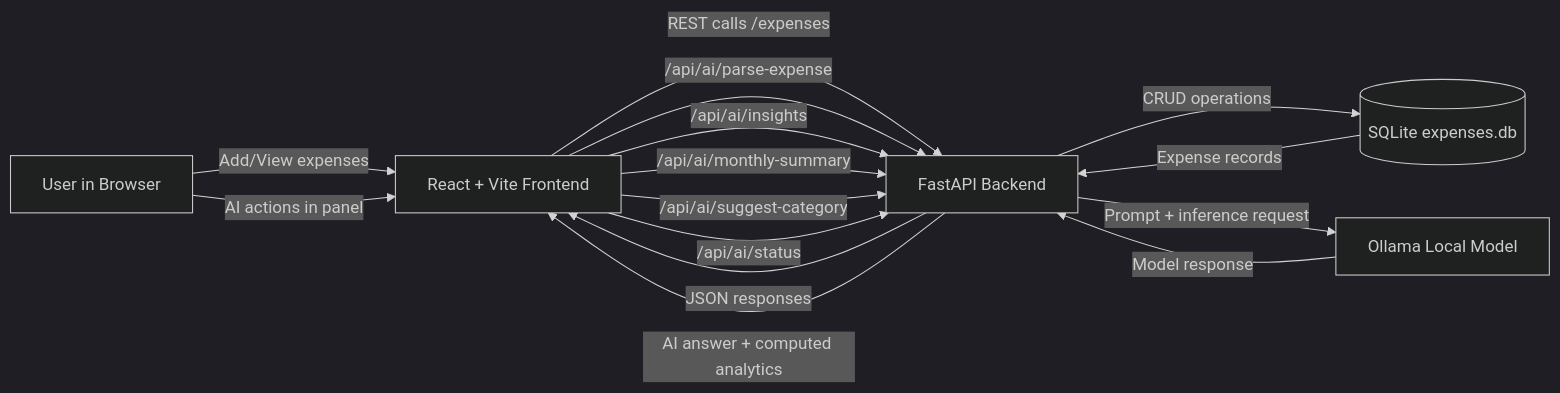
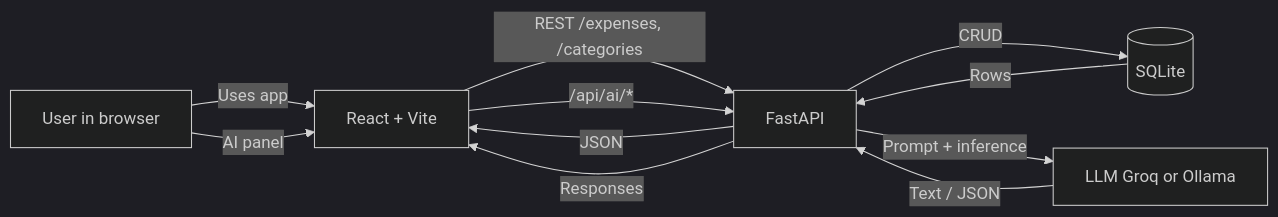
One commit to ashoksmore/expense-tracker-api changed the first of 2 diagrams in docs/flow-diagram.md. Above: the diagram before and after it, drawn with Mermaid (dark theme). The commit also changed other lines of this file, not shown here.

Commit message:
docs: refresh flow diagrams and align with Groq/Ollama
- Add sequence diagram for POST /expenses from the UI
- Point readers to README for inline GitHub rendering

````diff
--- a/docs/flow-diagram.md
+++ b/docs/flow-diagram.md
@@ -3,25 +7,20 @@
 ```mermaid
 flowchart LR
-    U[User in Browser]
-    FE[React + Vite Frontend]
-    API[FastAPI Backend]
-    DB[(SQLite expenses.db)]
-    AI[Ollama Local Model]
+    U[User in browser]
+    FE[React + Vite]
+    API[FastAPI]
+    DB[(SQLite)]
+    AI[LLM Groq or Ollama]
 
-    U -->|Add/View expenses| FE
-    FE -->|REST calls /expenses| API
-    API -->|CRUD operations| DB
-    DB -->|Expense records| API
-    API -->|JSON responses| FE
+    U -->|Uses app| FE
+    FE -->|REST /expenses, /categories| API
+    API -->|CRUD| DB
+    DB -->|Rows| API
+    API -->|JSON| FE
 
-    U -->|AI actions in panel| FE
-    FE -->|/api/ai/parse-expense| API
-    FE -->|/api/ai/insights| API
-    FE -->|/api/ai/monthly-summary| API
-    FE -->|/api/ai/suggest-category| API
-    FE -->|/api/ai/status| API
-
-    API -->|Prompt + inference request| AI
-    AI -->|Model response| API
-    API -->|AI answer + computed analytics| FE
+    U -->|AI panel| FE
+    FE -->|/api/ai/*| API
+    API -->|Prompt + inference| AI
+    AI -->|Text / JSON| API
+    API -->|Responses| FE
 ```
````
